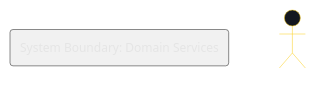
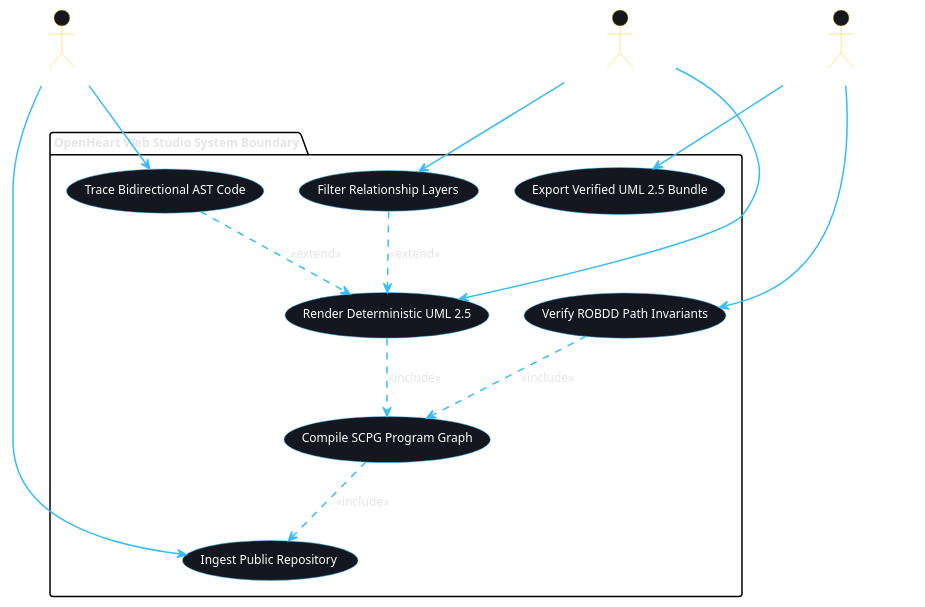
Before and after one commit to AhmadHassan-BTed/OpenHeart: the diagram in web/diagrams/usecase.puml, drawn with PlantUML. The commit also changed 34 other files, not shown here.

Commit message:
feat(diagrams): achieve 100% diagram suite perfection and resolve all 40 critical issues across UML and pipeline graphs

```diff
--- a/web/diagrams/usecase.puml
+++ b/web/diagrams/usecase.puml
@@ -1,54 +1,45 @@
 @startuml
 skinparam backgroundColor transparent
 skinparam monochrome false
 skinparam shadowing false
 skinparam roundcorner 6
 skinparam defaultFontName "Space Grotesk", "Segoe UI", sans-serif
 skinparam defaultFontColor #e5e5e5
 skinparam defaultFontSize 12
 skinparam ArrowColor #38bdf8
 skinparam ArrowThickness 1.5
-skinparam packageStyle rectangle
-skinparam PackageBorderColor #facc15
-skinparam PackageBackgroundColor #0f141c
-skinparam PackageFontColor #facc15
-skinparam ClassBorderColor #38bdf8
-skinparam ClassBackgroundColor #14171f
-skinparam ClassHeaderBackgroundColor #1e2433
-skinparam ClassFontColor #ffffff
-skinparam ObjectBorderColor #38bdf8
-skinparam ObjectBackgroundColor #14171f
-skinparam ObjectFontColor #ffffff
-skinparam ComponentBorderColor #38bdf8
-skinparam ComponentBackgroundColor #14171f
-skinparam ComponentFontColor #ffffff
-skinparam NodeBorderColor #38bdf8
-skinparam NodeBackgroundColor #14171f
-skinparam NodeFontColor #ffffff
-skinparam StateBorderColor #38bdf8
-skinparam StateBackgroundColor #14171f
-skinparam StateFontColor #ffffff
-skinparam ActivityBorderColor #38bdf8
-skinparam ActivityBackgroundColor #14171f
-skinparam ActivityFontColor #ffffff
-skinparam SequenceLifeLineBorderColor #38bdf8
-skinparam SequenceLifeLineBackgroundColor #14171f
-skinparam SequenceGroupBorderColor #facc15
-skinparam SequenceGroupBackgroundColor #0f141c
-skinparam SequenceGroupFontColor #facc15
-skinparam ParticipantBorderColor #38bdf8
-skinparam ParticipantBackgroundColor #14171f
-skinparam ParticipantFontColor #ffffff
 skinparam ActorBorderColor #facc15
 skinparam ActorBackgroundColor #14171f
 skinparam ActorFontColor #ffffff
 skinparam UsecaseBorderColor #38bdf8
 skinparam UsecaseBackgroundColor #14171f
 skinparam UsecaseFontColor #ffffff
 
-actor "LLMClient" as act_LLMClient
+actor "Software Engineer" as Dev
+actor "Enterprise Architect" as Arch
+actor "CI / CD Automation Agent" as CI
 
-rectangle "System Boundary: Domain Services" {
+package "OpenHeart Web Studio System Boundary" {
+  usecase "Ingest Public Repository" as UC_Ingest
+  usecase "Compile SCPG Program Graph" as UC_Compile
+  usecase "Render Deterministic UML 2.5" as UC_Render
+  usecase "Trace Bidirectional AST Code" as UC_Trace
+  usecase "Verify ROBDD Path Invariants" as UC_Verify
+  usecase "Filter Relationship Layers" as UC_Filter
+  usecase "Export Verified UML 2.5 Bundle" as UC_Export
 }
 
+Dev --> UC_Ingest
+Dev --> UC_Trace
+Arch --> UC_Render
+Arch --> UC_Filter
+CI --> UC_Verify
+CI --> UC_Export
+
+UC_Compile ..> UC_Ingest : <<include>>
+UC_Render ..> UC_Compile : <<include>>
+UC_Verify ..> UC_Compile : <<include>>
+UC_Trace ..> UC_Render : <<extend>>
+UC_Filter ..> UC_Render : <<extend>>
+
 @enduml
```
